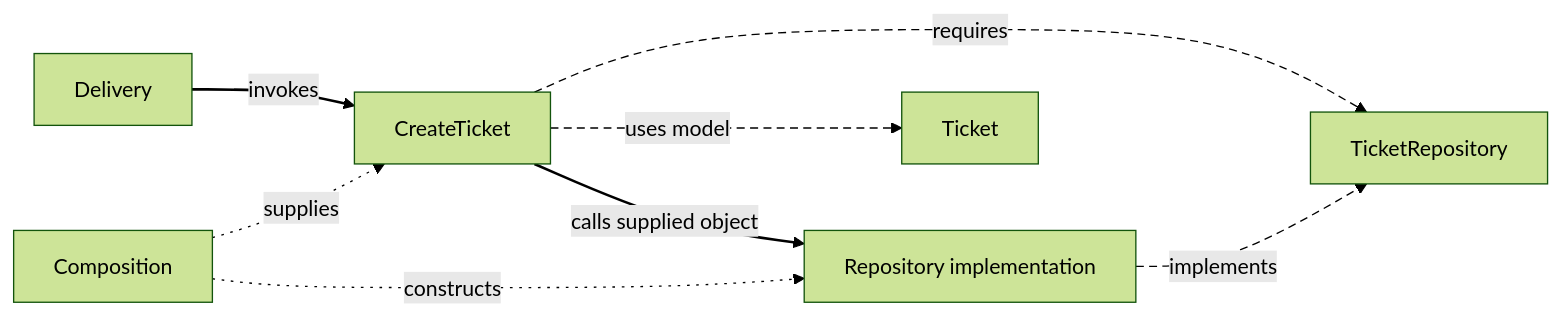
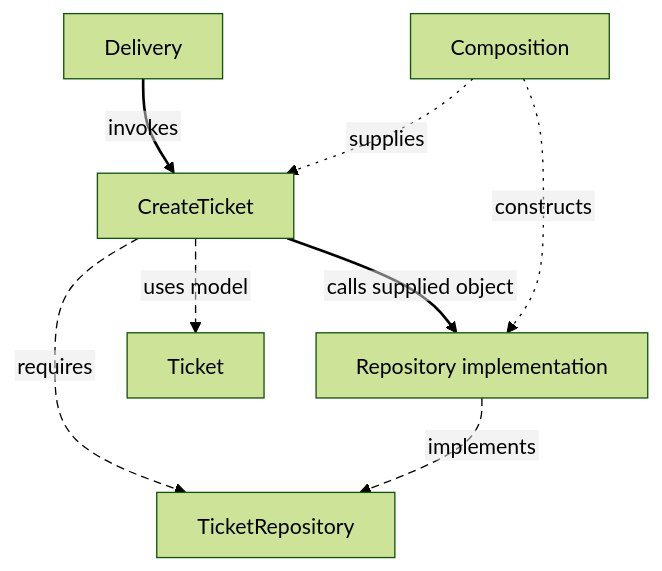
One commit to AndresTaoFlorez/software-architecture changed the diagram in architecture/styles/onion-architecture/1-the-rings.md. Above: the diagram before and after it, drawn with Mermaid (forest theme). The commit also changed other lines of this file and 79 other files, not shown here.

````diff
--- a/architecture/styles/onion-architecture/1-the-rings.md
+++ b/architecture/styles/onion-architecture/1-the-rings.md
@@ -63,13 +88,14 @@
 ```mermaid
-flowchart LR
+%%{init: {"htmlLabels": false, "flowchart": {"htmlLabels": false, "nodeSpacing": 28, "rankSpacing": 48, "diagramPadding": 20, "wrappingWidth": 280}, "sequence": {"wrap": true, "diagramMarginX": 20, "diagramMarginY": 20}}}%%
+flowchart TB
     H["Delivery"] -->|"invokes"| U["CreateTicket"]
     U -->|"calls supplied object"| I["Repository implementation"]
     U -.->|"requires"| P["TicketRepository"]
     I -.->|"implements"| P
     U -.->|"uses model"| D["Ticket"]
     C["Composition"] -.->|"constructs"| I
     C -.->|"supplies"| U
     linkStyle 0,1 stroke-width:2px
     linkStyle 2,3,4 stroke-width:1px,stroke-dasharray:6 4
     linkStyle 5,6 stroke-width:1px,stroke-dasharray:2 5
 ```
````
